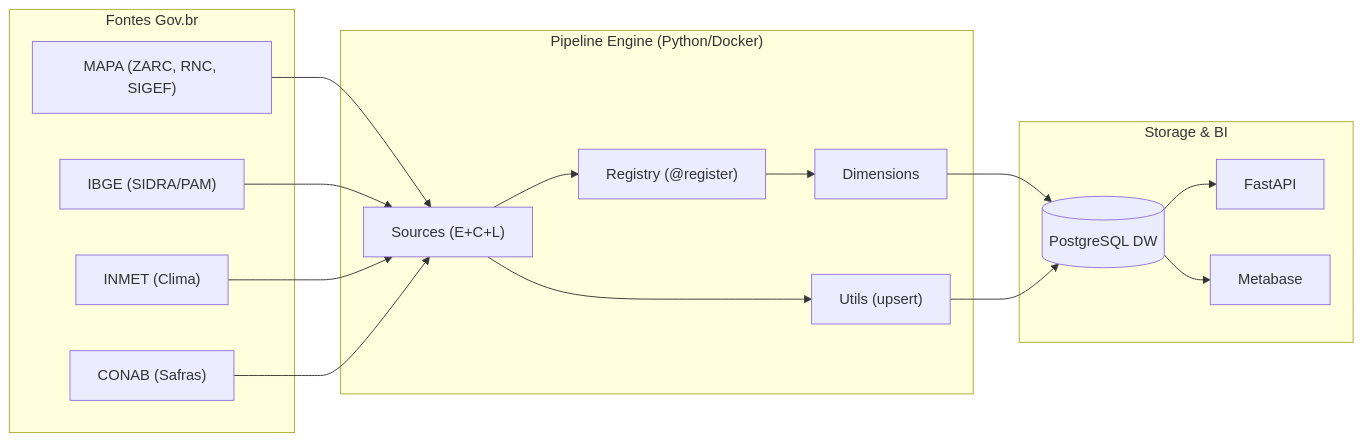
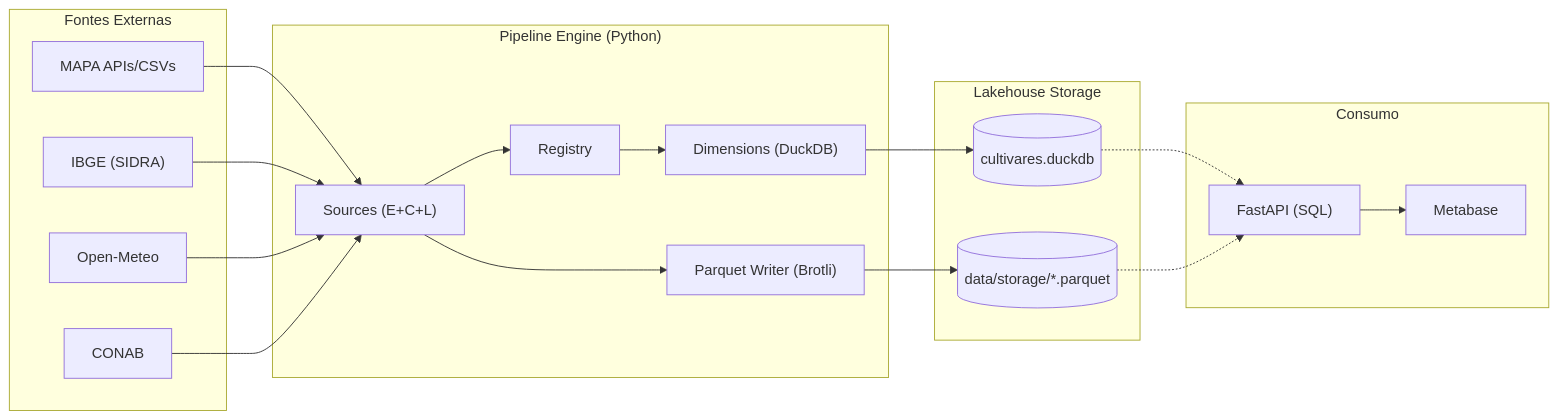
Before and after one commit to cirovisk/Agroharvest-BRv2: the second of 2 diagrams in docs/ARCHITECTURE_VISUAL.md, drawn with Mermaid. The commit also changed other lines of this file and 19 other files, not shown here.

Commit message:
refactor: migrate pipeline storage from PostgreSQL to DuckDB/Parquet and streamline deployment configurations

````diff
--- a/docs/ARCHITECTURE_VISUAL.md
+++ b/docs/ARCHITECTURE_VISUAL.md
@@ -67,36 +50,41 @@
 ```mermaid
 graph LR
-    subgraph "Fontes Gov.br"
-        MAPA["MAPA (ZARC, RNC, SIGEF)"]
-        IBGE["IBGE (SIDRA/PAM)"]
-        INMET["INMET (Clima)"]
-        CONAB["CONAB (Safras)"]
+    subgraph "Fontes Externas"
+        MAPA["MAPA APIs/CSVs"]
+        IBGE["IBGE (SIDRA)"]
+        OM["Open-Meteo"]
+        CONAB["CONAB"]
     end
 
-    subgraph "Pipeline Engine (Python/Docker)"
-        REG["Registry (@register)"]
+    subgraph "Pipeline Engine (Python)"
+        REG["Registry"]
         SRC["Sources (E+C+L)"]
-        DIM["Dimensions"]
-        UTL["Utils (upsert)"]
+        DIM["Dimensions (DuckDB)"]
+        PQ["Parquet Writer (Brotli)"]
     end
 
-    subgraph "Storage & BI"
-        PG[(PostgreSQL DW)]
-        API["FastAPI"]
+    subgraph "Lakehouse Storage"
+        DDB[("cultivares.duckdb")]
+        STG[("data/storage/*.parquet")]
+    end
+
+    subgraph "Consumo"
+        API["FastAPI (SQL)"]
         MB["Metabase"]
     end
 
     MAPA --> SRC
     IBGE --> SRC
-    INMET --> SRC
+    OM --> SRC
     CONAB --> SRC
     
     SRC --> REG
     REG --> DIM
-    DIM --> PG
-    SRC --> UTL
-    UTL --> PG
+    DIM --> DDB
+    SRC --> PQ
+    PQ --> STG
     
-    PG --> API
-    PG --> MB
+    DDB -.-> API
+    STG -.-> API
+    API --> MB
 ```
````
